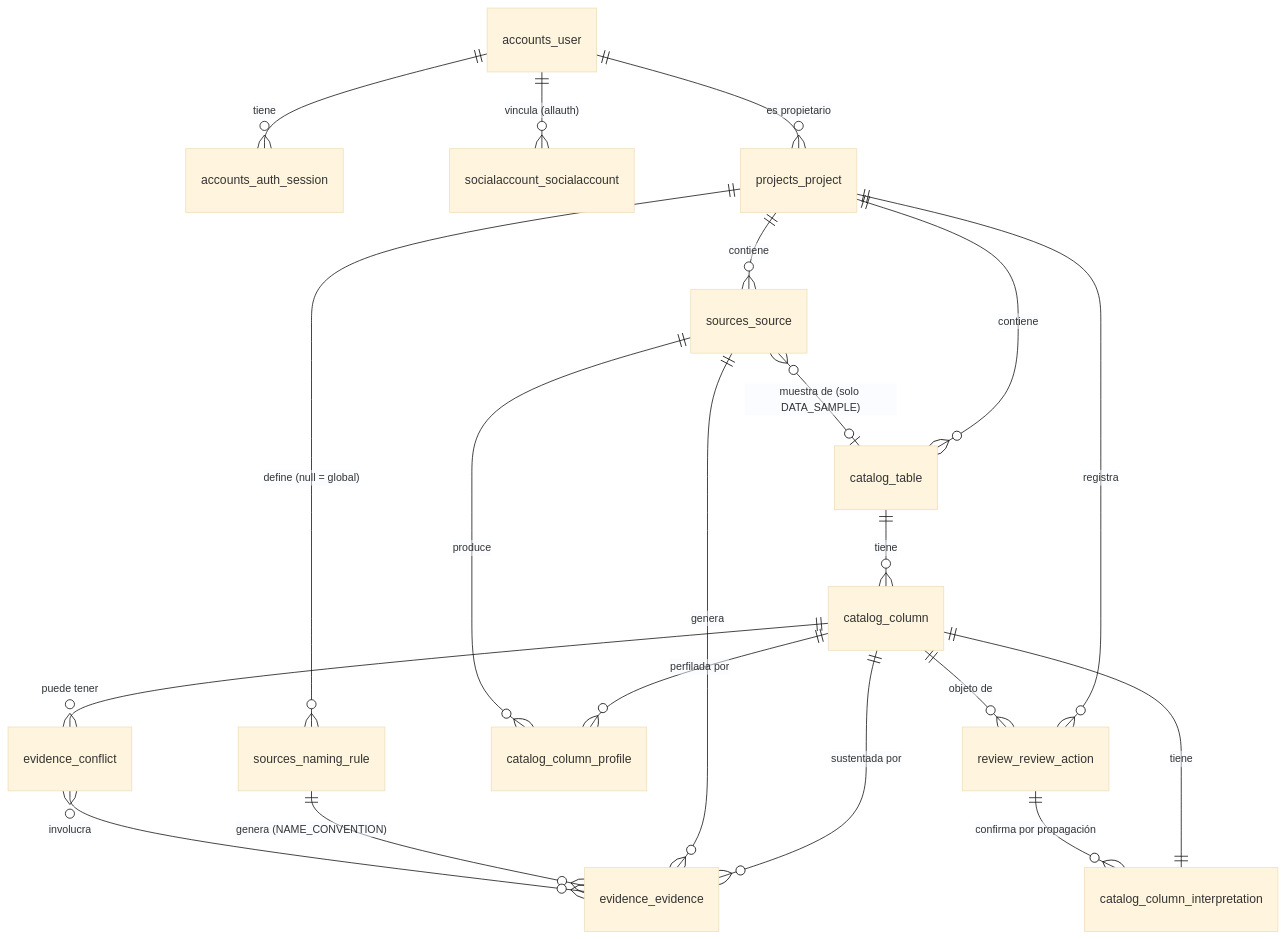
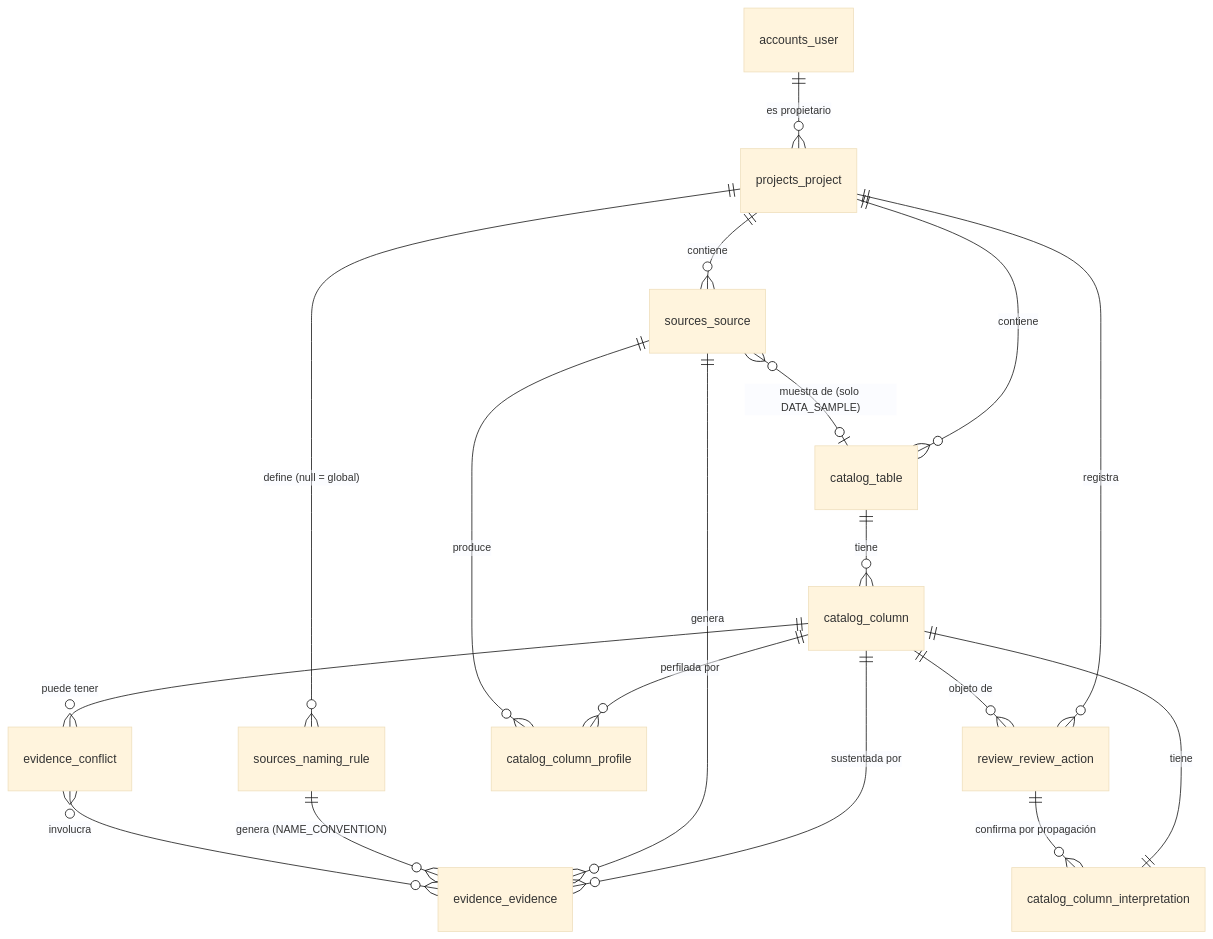
The first of 3 diagrams in docs/04-datos/01-modelo-de-datos.md (riverbonilla1504/rosseta-project), drawn with Mermaid (base theme) before and after one commit. The commit also changed other lines of this file and 125 other files, not shown here.

````diff
--- a/docs/04-datos/01-modelo-de-datos.md
+++ b/docs/04-datos/01-modelo-de-datos.md
@@ -9,26 +9,24 @@
 ```mermaid
 erDiagram
-    accounts_user ||--o{ accounts_auth_session : "tiene"
-    accounts_user ||--o{ socialaccount_socialaccount : "vincula (allauth)"
     accounts_user ||--o{ projects_project : "es propietario"
 
     projects_project ||--o{ sources_source : "contiene"
     projects_project ||--o{ sources_naming_rule : "define (null = global)"
     projects_project ||--o{ catalog_table : "contiene"
     projects_project ||--o{ review_review_action : "registra"
 
     catalog_table ||--o{ catalog_column : "tiene"
     catalog_column ||--|| catalog_column_interpretation : "tiene"
     catalog_column ||--o{ catalog_column_profile : "perfilada por"
     catalog_column ||--o{ evidence_evidence : "sustentada por"
     catalog_column ||--o{ evidence_conflict : "puede tener"
     catalog_column ||--o{ review_review_action : "objeto de"
 
     sources_source ||--o{ evidence_evidence : "genera"
     sources_source ||--o{ catalog_column_profile : "produce"
     sources_source }o--o| catalog_table : "muestra de (solo DATA_SAMPLE)"
     sources_naming_rule ||--o{ evidence_evidence : "genera (NAME_CONVENTION)"
 
     evidence_conflict }o--o{ evidence_evidence : "involucra"
     review_review_action ||--o{ catalog_column_interpretation : "confirma por propagación"
 ```
````
